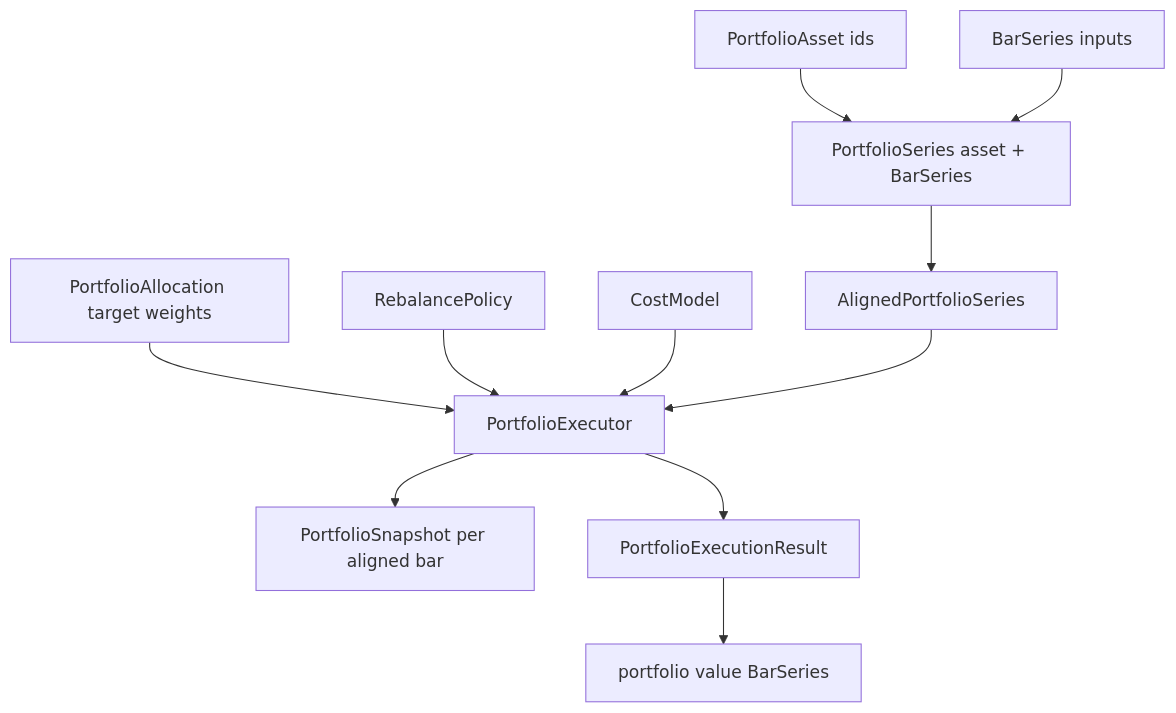
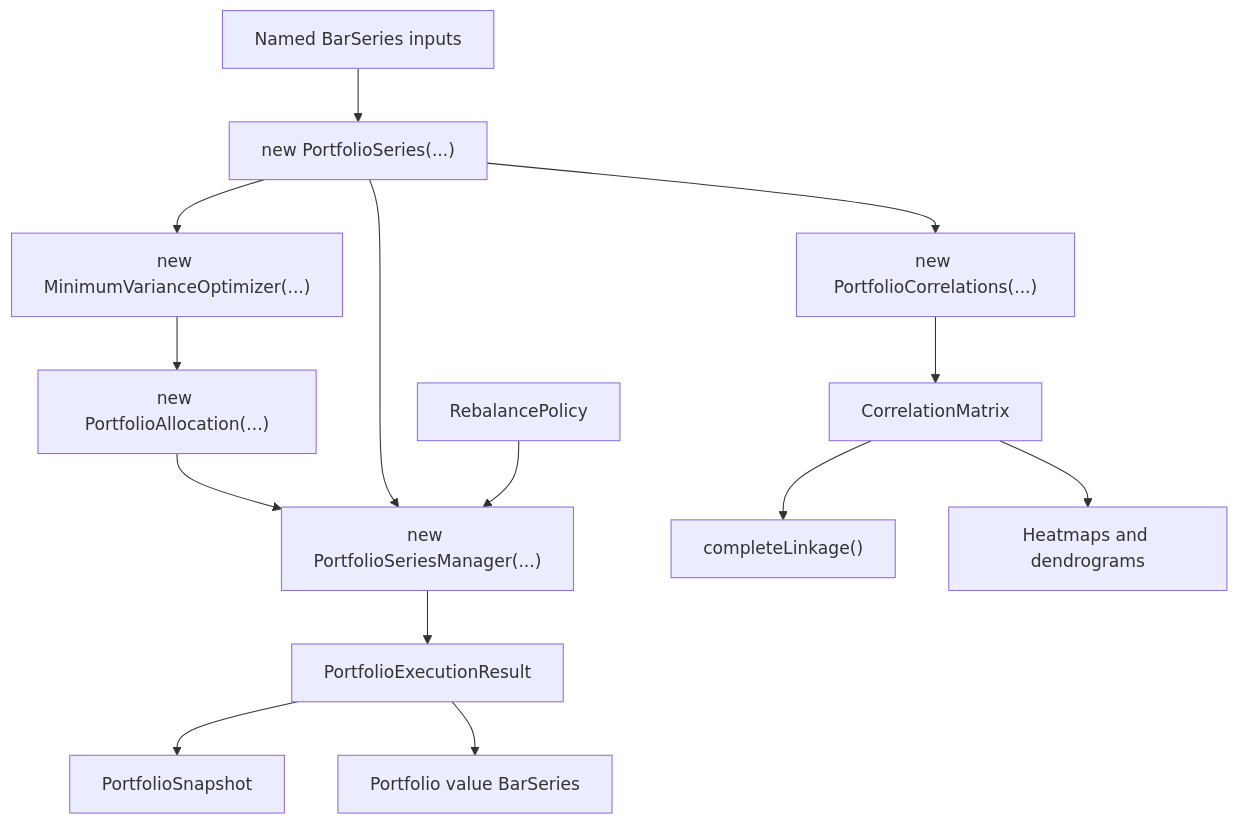
Before and after one commit to ta4j/ta4j-wiki: the diagram in Static-Portfolio-Backtesting.md, drawn with Mermaid. The commit also changed other lines of this file, not shown here.

Commit message:
Rewrite portfolio analytics guide

````diff
--- a/Static-Portfolio-Backtesting.md
+++ b/Static-Portfolio-Backtesting.md
@@ -87,13 +58,16 @@
 ```mermaid
 graph TD
-    A["PortfolioAsset ids"] --> PS["PortfolioSeries asset + BarSeries"]
-    BS["BarSeries inputs"] --> PS
-    PS --> APS["AlignedPortfolioSeries"]
-    W["PortfolioAllocation target weights"] --> EXEC["PortfolioExecutor"]
-    RP["RebalancePolicy"] --> EXEC
-    CM["CostModel"] --> EXEC
-    APS --> EXEC
-    EXEC --> SNAP["PortfolioSnapshot per aligned bar"]
-    EXEC --> RESULT["PortfolioExecutionResult"]
-    RESULT --> VALUE["portfolio value BarSeries"]
+    BS["Named BarSeries inputs"] --> PS["new PortfolioSeries(...)"]
+    PS --> CORR["new PortfolioCorrelations(...)"]
+    PS --> OPT["new MinimumVarianceOptimizer(...)"]
+    W["new PortfolioAllocation(...)"] --> MGR["new PortfolioSeriesManager(...)"]
+    PS --> MGR
+    RP["RebalancePolicy"] --> MGR
+    MGR --> RESULT["PortfolioExecutionResult"]
+    RESULT --> SNAP["PortfolioSnapshot"]
+    RESULT --> VALUE["Portfolio value BarSeries"]
+    CORR --> MATRIX["CorrelationMatrix"]
+    MATRIX --> TREE["completeLinkage()"]
+    MATRIX --> CHARTS["Heatmaps and dendrograms"]
+    OPT --> W
 ```
````
